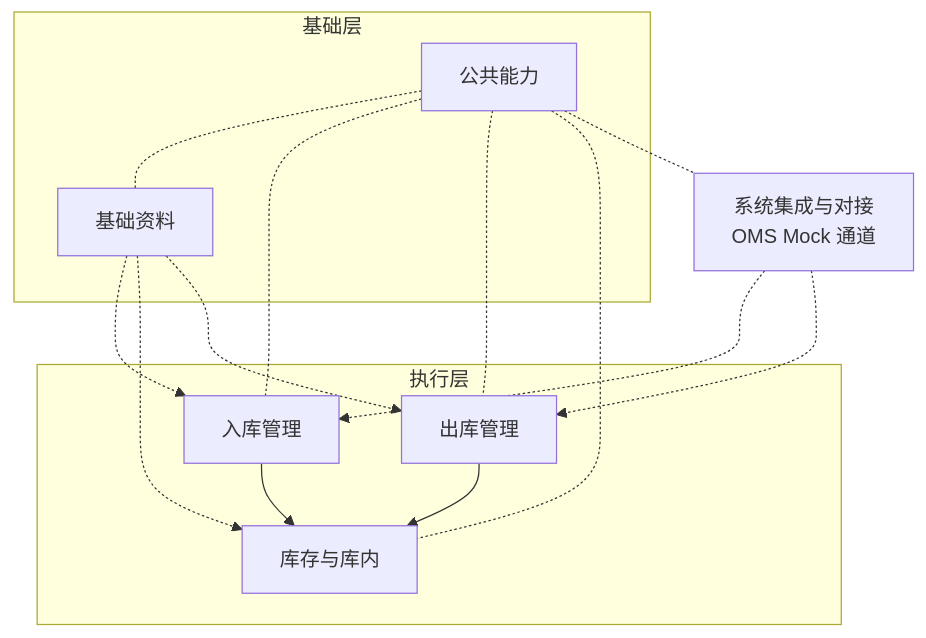
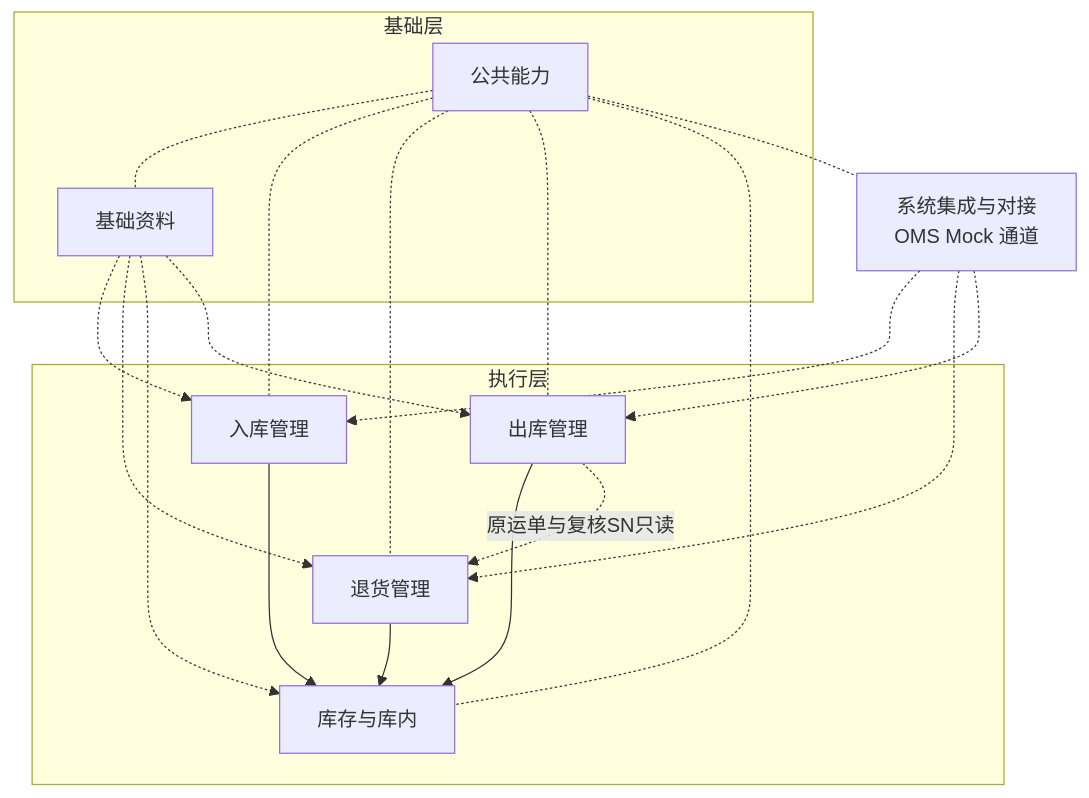
The second of 2 diagrams in 05-应用设计方案/20261002-MVP版本/系统架构设计/00-系统与模块地图.md (TopVitamin/QS-WMS-Project), drawn with Mermaid before and after one commit. The commit also changed other lines of this file and 151 other files, not shown here.

````diff
--- a/05-应用设计方案/20261002-MVP版本/系统架构设计/00-系统与模块地图.md
+++ b/05-应用设计方案/20261002-MVP版本/系统架构设计/00-系统与模块地图.md
@@ -57,25 +57,31 @@
 ```mermaid
 flowchart TB
     subgraph 基础层
         基础资料
         公共能力
     end
     subgraph 执行层
         入库管理
+        退货管理
         出库管理
         库存与库内
     end
     系统集成与对接[系统集成与对接<br/>OMS Mock 通道]
     基础资料 -.-> 入库管理
+    基础资料 -.-> 退货管理
     基础资料 -.-> 库存与库内
     基础资料 -.-> 出库管理
     系统集成与对接 -.-> 入库管理
+    系统集成与对接 -.-> 退货管理
     系统集成与对接 -.-> 出库管理
     入库管理 --> 库存与库内
+    退货管理 --> 库存与库内
     出库管理 --> 库存与库内
+    出库管理 -.->|原运单与复核SN只读| 退货管理
     公共能力 -.- 基础资料
     公共能力 -.- 入库管理
+    公共能力 -.- 退货管理
     公共能力 -.- 出库管理
     公共能力 -.- 库存与库内
     公共能力 -.- 系统集成与对接
 ```
````
